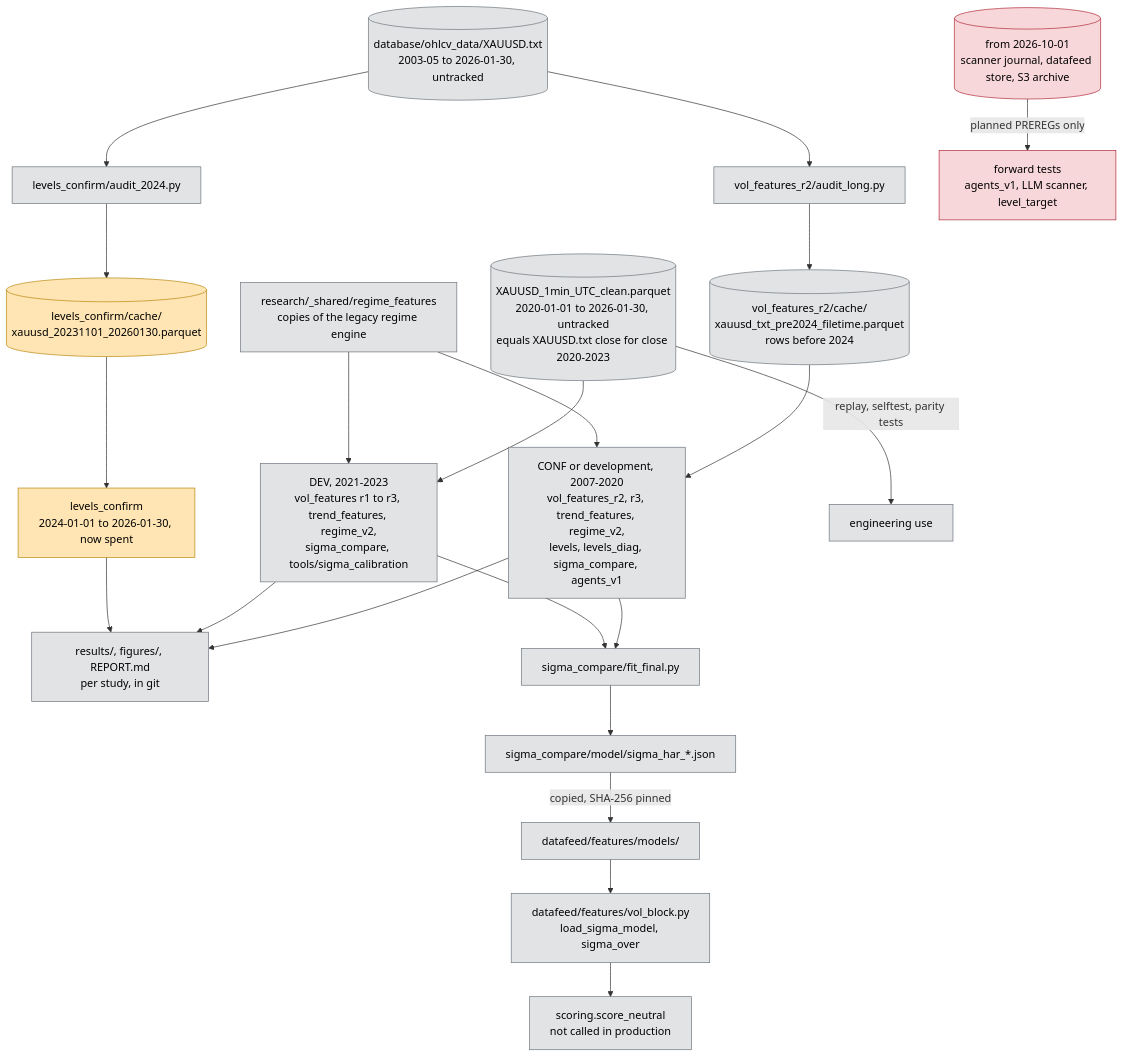
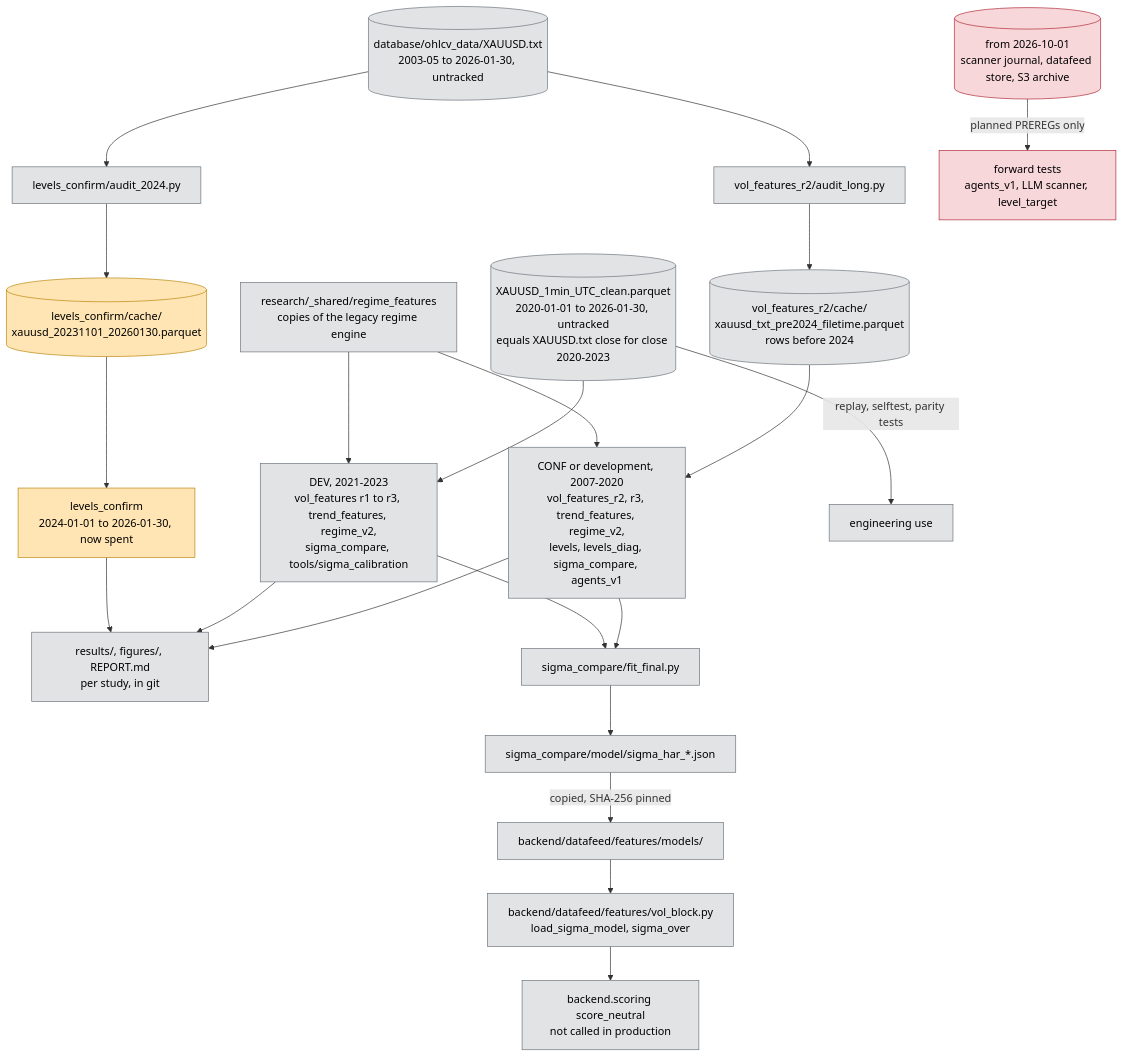
Before and after one commit to QBKFD/OPARLI-LLM-FORWARD: the tenth of 12 diagrams in docs/ARCHITECTURE_CURRENT.md, drawn with Mermaid. The commit also changed other lines of this file and 36 other files, not shown here.

````diff
--- a/docs/ARCHITECTURE_CURRENT.md
+++ b/docs/ARCHITECTURE_CURRENT.md
@@ -328,32 +458,32 @@
 ```mermaid
 flowchart TB
   TXT[("database/ohlcv_data/XAUUSD.txt<br/>2003-05 to 2026-01-30, untracked")]
   PQ[("XAUUSD_1min_UTC_clean.parquet<br/>2020-01-01 to 2026-01-30, untracked<br/>equals XAUUSD.txt close for close 2020-2023")]
   TXT --> AL["vol_features_r2/audit_long.py"] --> C1[("vol_features_r2/cache/<br/>xauusd_txt_pre2024_filetime.parquet<br/>rows before 2024")]
   TXT --> A24["levels_confirm/audit_2024.py"] --> C2[("levels_confirm/cache/<br/>xauusd_20231101_20260130.parquet")]
   SH["research/_shared/regime_features<br/>copies of the legacy regime engine"]
 
   C1 --> CONF["CONF or development, 2007-2020<br/>vol_features_r2, r3, trend_features, regime_v2,<br/>levels, levels_diag, sigma_compare, agents_v1"]
   PQ --> DEVS["DEV, 2021-2023<br/>vol_features r1 to r3, trend_features, regime_v2,<br/>sigma_compare, tools/sigma_calibration"]
   C2 --> SPENT["levels_confirm<br/>2024-01-01 to 2026-01-30, now spent"]
   SH --> CONF
   SH --> DEVS
 
   CONF --> OUTS["results/, figures/, REPORT.md<br/>per study, in git"]
   DEVS --> OUTS
   SPENT --> OUTS
   CONF --> FIT["sigma_compare/fit_final.py"]
   DEVS --> FIT
-  FIT --> SM["sigma_compare/model/sigma_har_*.json"] -->|"copied, SHA-256 pinned"| DM["datafeed/features/models/"]
-  DM --> VB["datafeed/features/vol_block.py<br/>load_sigma_model, sigma_over"] --> SCO["scoring.score_neutral<br/>not called in production"]
+  FIT --> SM["sigma_compare/model/sigma_har_*.json"] -->|"copied, SHA-256 pinned"| DM["backend/datafeed/features/models/"]
+  DM --> VB["backend/datafeed/features/vol_block.py<br/>load_sigma_model, sigma_over"] --> SCO["backend.scoring score_neutral<br/>not called in production"]
 
   PQ -->|"replay, selftest, parity tests"| ENG["engineering use"]
   LIVE[("from 2026-10-01<br/>scanner journal, datafeed store, S3 archive")] -->|"planned PREREGs only"| FWD["forward tests<br/>agents_v1, LLM scanner, level_target"]
 
   classDef idle fill:#e2e3e5,stroke:#6c757d,color:#000
   classDef spent fill:#ffe5b4,stroke:#b8860b,color:#000
   classDef sealed fill:#f8d7da,stroke:#b02a37,color:#000
   class TXT,PQ,AL,A24,C1,SH,CONF,DEVS,OUTS,FIT,SM,DM,VB,SCO,ENG idle
   class C2,SPENT spent
   class LIVE,FWD sealed
 ```
````
